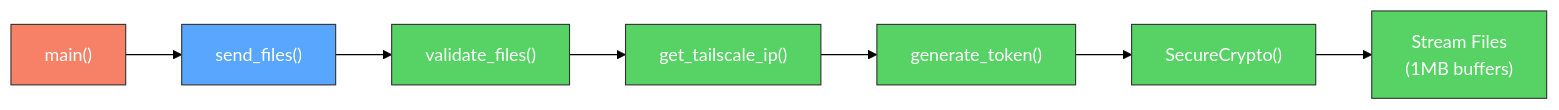
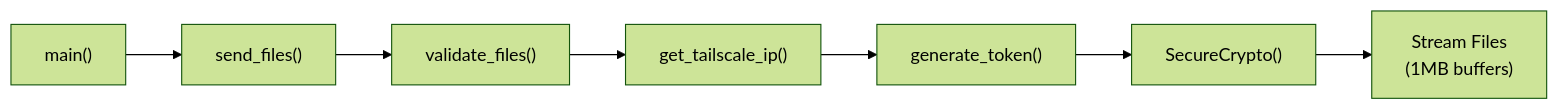
One commit to proudsunburn/ftransfer changed the second of 4 diagrams in docs/index.md. Above: the diagram before and after it, drawn with Mermaid (forest theme). The commit also changed other lines of this file and 23 other files, not shown here.

Commit message:
MINOR: Remove colors from mermaid for easy light/dark mode switching

````diff
--- a/docs/index.md
+++ b/docs/index.md
@@ -28,13 +24,9 @@
 ```mermaid
 graph LR
-    main["main()"]:::red --> send["send_files()"]:::blue
-    send --> validate["validate_files()"]:::green
-    validate --> getip["get_tailscale_ip()"]:::green
-    getip --> token["generate_token()"]:::green
-    token --> crypto1["SecureCrypto()"]:::green
-    crypto1 --> stream["Stream Files<br/>(1MB buffers)"]:::green
-
-    classDef red fill:#f78166,stroke:#333,color:#fff
-    classDef blue fill:#58a6ff,stroke:#333,color:#fff
-    classDef green fill:#56d364,stroke:#333,color:#fff
+    main["main()"] --> send["send_files()"]
+    send --> validate["validate_files()"]
+    validate --> getip["get_tailscale_ip()"]
+    getip --> token["generate_token()"]
+    token --> crypto1["SecureCrypto()"]
+    crypto1 --> stream["Stream Files<br/>(1MB buffers)"]
 ```
````
